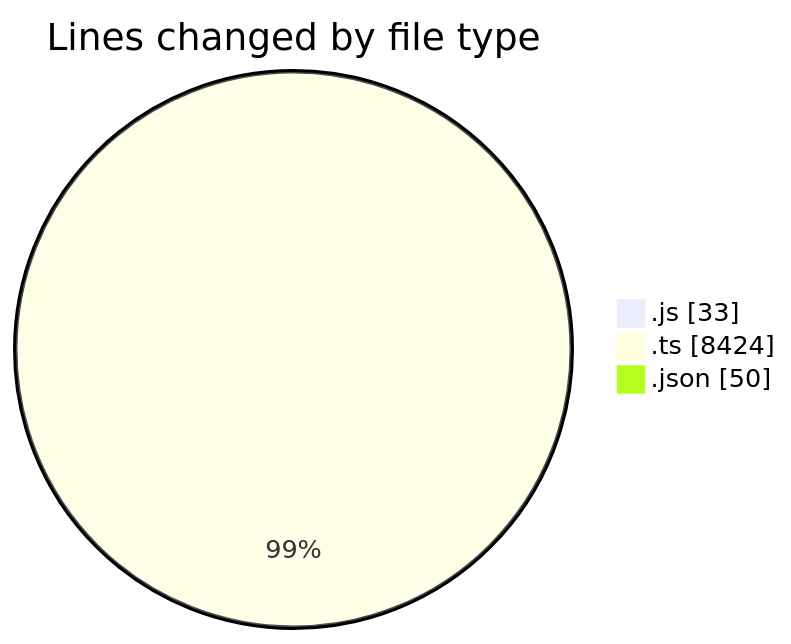
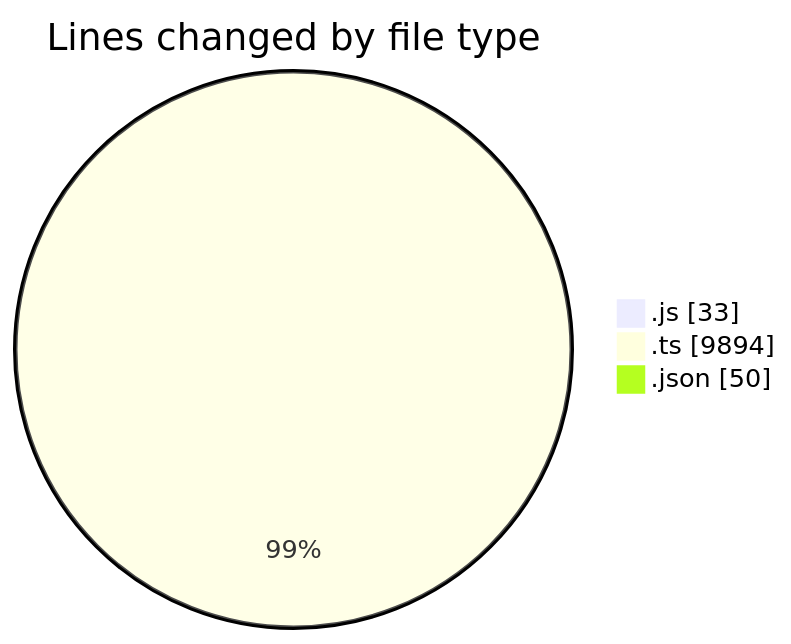
One commit to momahboobian/code-tracking changed the first of 2 diagrams in 2025-09-08/cda/README.md. Above: the diagram before and after it, drawn with Mermaid. The commit also changed other lines of this file and 1 other file, not shown here.

````diff
--- a/2025-09-08/cda/README.md
+++ b/2025-09-08/cda/README.md
@@ -25,7 +25,7 @@
 ```mermaid
 pie showData
 title Lines changed by file type
 ".js" : 33
-".ts" : 8424
+".ts" : 9894
 ".json" : 50
 ```
````
